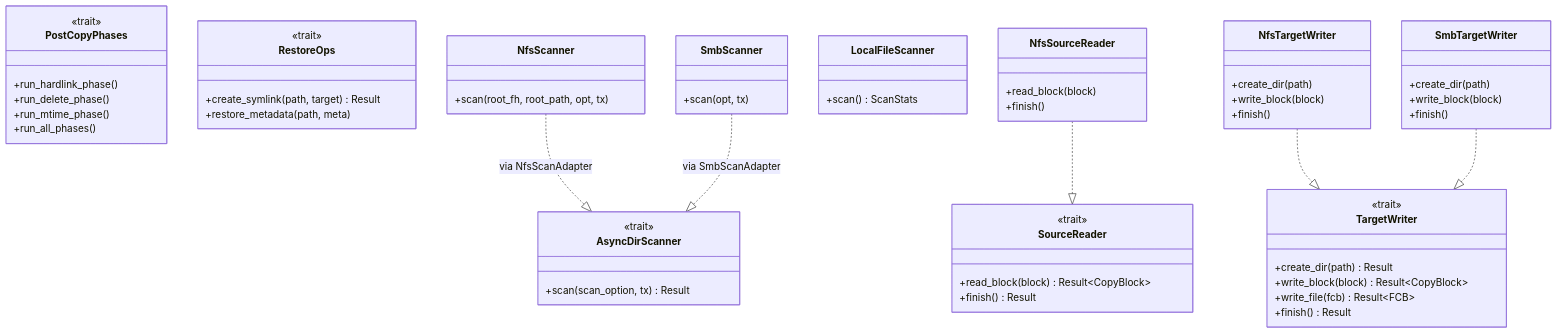
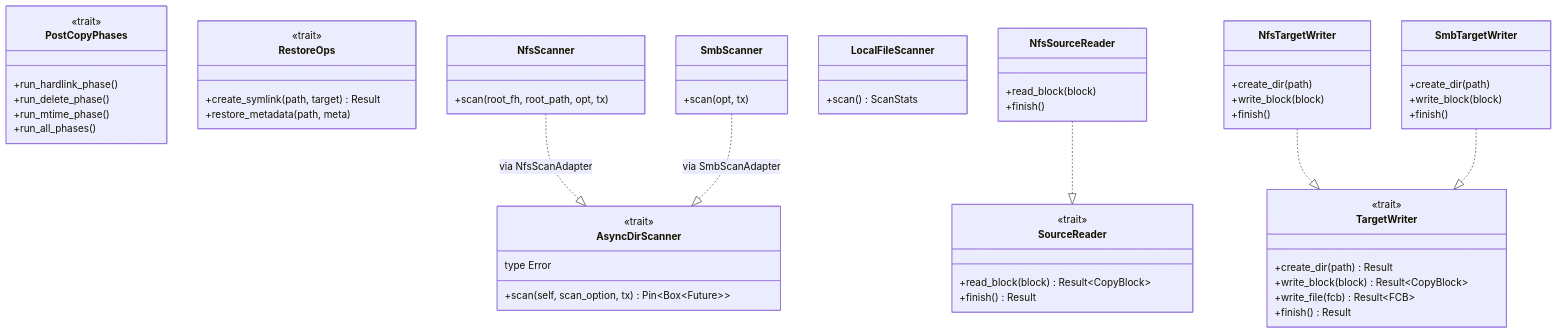
One commit to XUranus/fpt-rs changed the third of 3 diagrams in wiki/docs/architecture/module-structure.md. Above: the diagram before and after it, drawn with Mermaid. The commit also changed other lines of this file and 60 other files, not shown here.

First line of the commit message:
Enhance wiki: code snippets, mermaid diagrams, i18n zh-CN support

````diff
--- a/wiki/docs/architecture/module-structure.md
+++ b/wiki/docs/architecture/module-structure.md
@@ -270,62 +342,63 @@
 ```mermaid
 classDiagram
     class AsyncDirScanner {
         <<trait>>
-        +scan(scan_option, tx) Result
+        type Error
+        +scan(self, scan_option, tx) Pin~Box~Future~~
     }
     class PostCopyPhases {
         <<trait>>
         +run_hardlink_phase()
         +run_delete_phase()
         +run_mtime_phase()
         +run_all_phases()
     }
     class SourceReader {
         <<trait>>
         +read_block(block) Result~CopyBlock~
         +finish() Result
     }
     class TargetWriter {
         <<trait>>
         +create_dir(path) Result
         +write_block(block) Result~CopyBlock~
         +write_file(fcb) Result~FCB~
         +finish() Result
     }
     class RestoreOps {
         <<trait>>
         +create_symlink(path, target) Result
         +restore_metadata(path, meta)
     }
 
     class NfsScanner {
         +scan(root_fh, root_path, opt, tx)
     }
     class SmbScanner {
         +scan(opt, tx)
     }
     class LocalFileScanner {
         +scan() ScanStats
     }
 
     class NfsSourceReader {
         +read_block(block)
         +finish()
     }
     class NfsTargetWriter {
         +create_dir(path)
         +write_block(block)
         +finish()
     }
     class SmbTargetWriter {
         +create_dir(path)
         +write_block(block)
         +finish()
     }
 
     NfsScanner ..|> AsyncDirScanner : via NfsScanAdapter
     SmbScanner ..|> AsyncDirScanner : via SmbScanAdapter
     NfsSourceReader ..|> SourceReader
     NfsTargetWriter ..|> TargetWriter
     SmbTargetWriter ..|> TargetWriter
 ```
````
